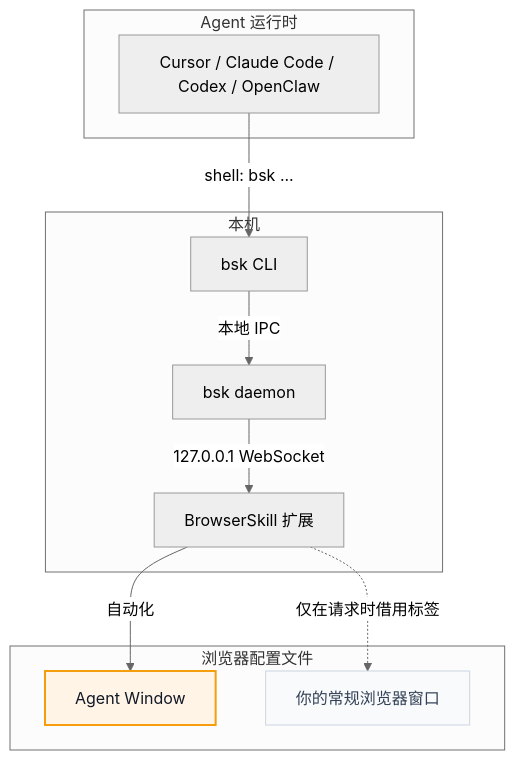
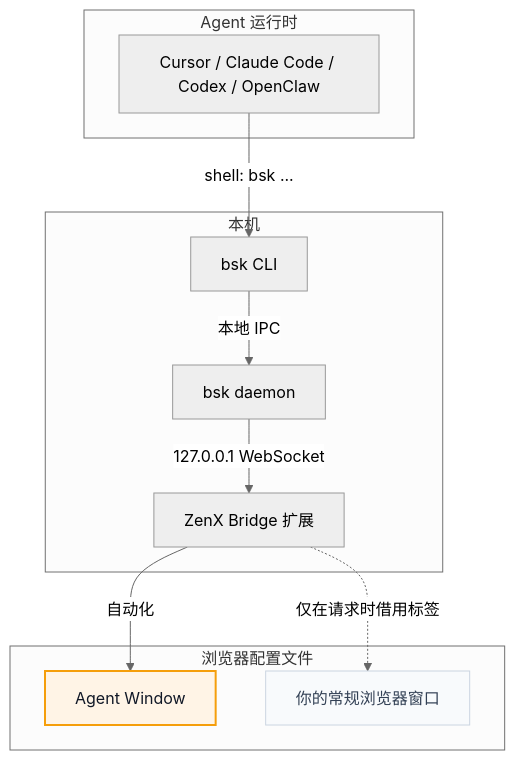
The diagram in README.zh-CN.md (916938/browserskill-new), drawn with Mermaid (neutral theme) before and after one commit. The commit also changed other lines of this file and 42 other files, not shown here.

First line of the commit message:
feat: rename the product to ZenX Bridge

````diff
--- a/README.zh-CN.md
+++ b/README.zh-CN.md
@@ -267,26 +267,26 @@
 ```mermaid
 flowchart TB
   subgraph Harness["Agent 运行时"]
     Agent["Cursor / Claude Code / Codex / OpenClaw"]
   end
 
   subgraph Local["本机"]
     CLI["bsk CLI"]
     Daemon["bsk daemon"]
-    Extension["BrowserSkill 扩展"]
+    Extension["ZenX Bridge 扩展"]
   end
 
   subgraph Browser["浏览器配置文件"]
     AgentWindow["Agent Window"]
     UserWindows["你的常规浏览器窗口"]
   end
 
   Agent -->|"shell: bsk ..."| CLI
   CLI -->|"本地 IPC"| Daemon
   Daemon -->|"127.0.0.1 WebSocket"| Extension
   Extension -->|"自动化"| AgentWindow
   Extension -.->|"仅在请求时借用标签"| UserWindows
 
   style AgentWindow fill:#fff4e6,stroke:#f59e0b,stroke-width:2px,color:#111827
   style UserWindows fill:#f8fafc,stroke:#cbd5e1,color:#334155
 ```
````
